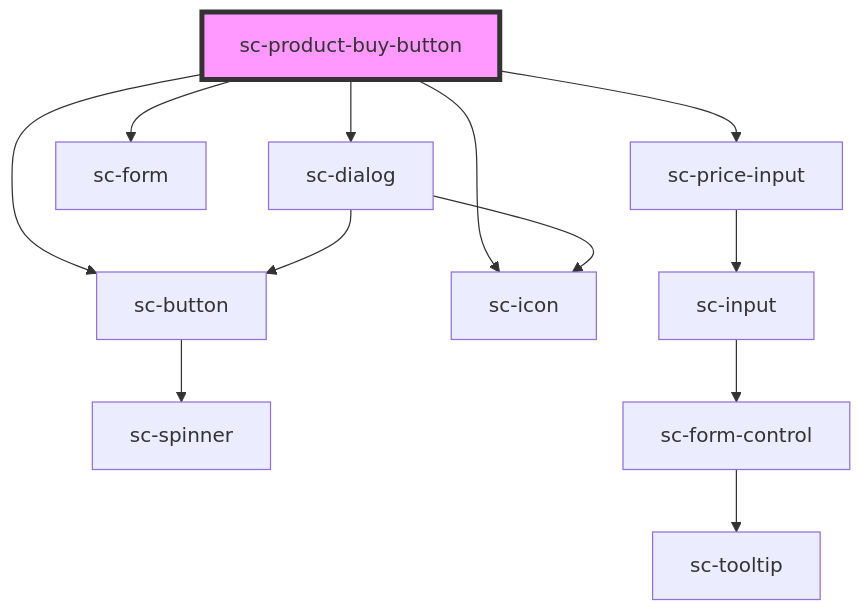
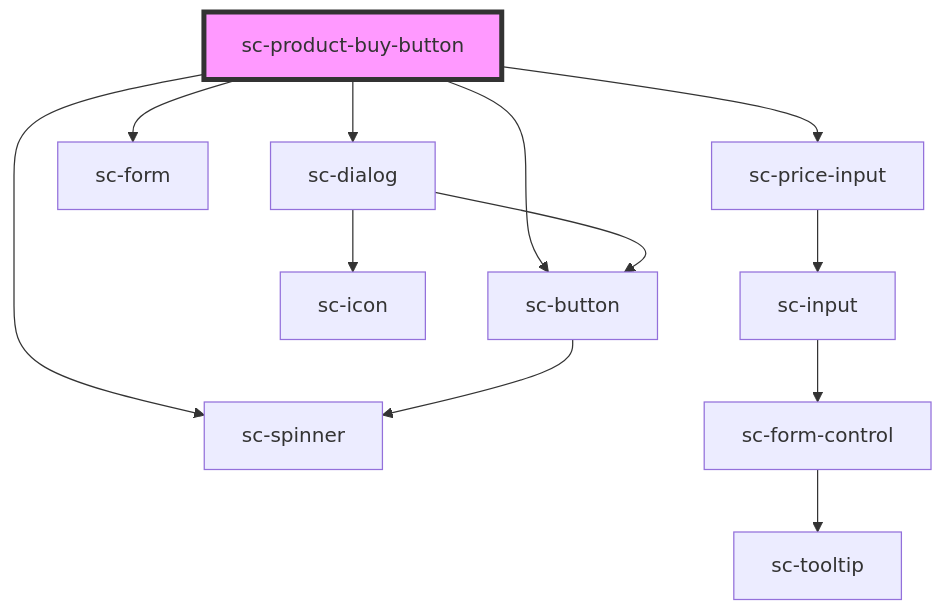
One commit to surecart/surecart-wp-plugin changed the diagram in packages/components/src/components/controllers/product/sc-product-buy-button/readme.md. Above: the diagram before and after it, drawn with Mermaid. The commit also changed other lines of this file and 10 other files, not shown here.

````diff
--- a/packages/components/src/components/controllers/product/sc-product-buy-button/readme.md
+++ b/packages/components/src/components/controllers/product/sc-product-buy-button/readme.md
@@ -33,15 +34,15 @@
 ```mermaid
 graph TD;
-  sc-product-buy-button --> sc-button
-  sc-product-buy-button --> sc-icon
+  sc-product-buy-button --> sc-spinner
   sc-product-buy-button --> sc-dialog
   sc-product-buy-button --> sc-form
   sc-product-buy-button --> sc-price-input
-  sc-button --> sc-spinner
+  sc-product-buy-button --> sc-button
   sc-dialog --> sc-button
   sc-dialog --> sc-icon
+  sc-button --> sc-spinner
   sc-price-input --> sc-input
   sc-input --> sc-form-control
   sc-form-control --> sc-tooltip
   style sc-product-buy-button fill:#f9f,stroke:#333,stroke-width:4px
 ```
````
